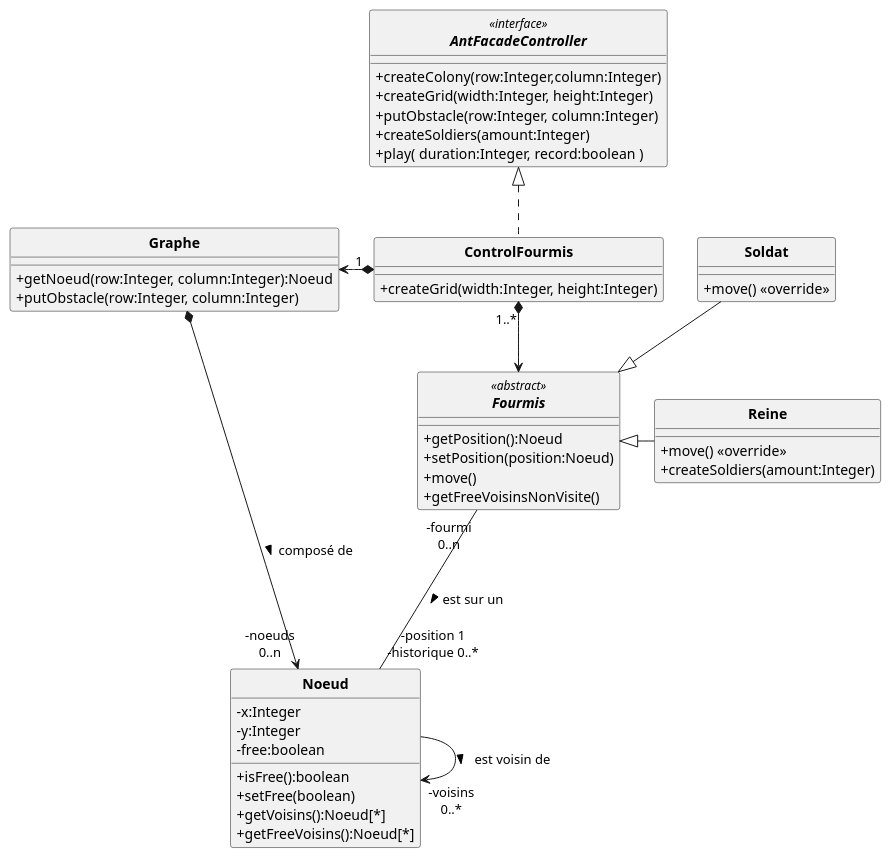
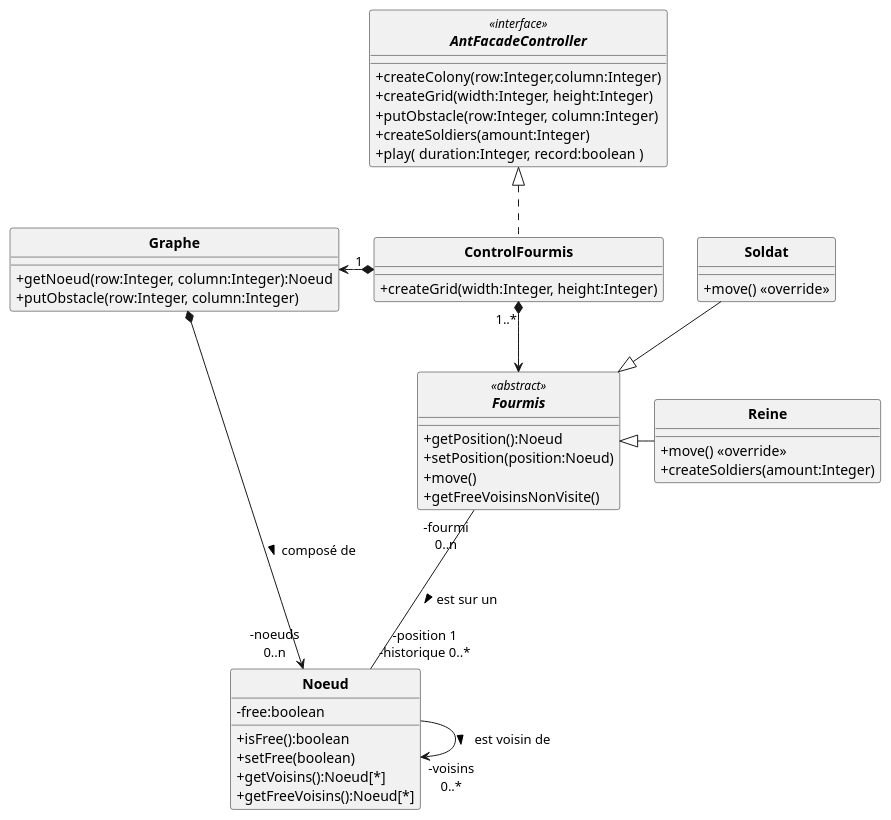
Before and after one commit to ErenMustafaGit/ColonieFourmis: the diagram in src/main/uml/Fourmis_DC.puml, drawn with PlantUML.

Commit message:
Fourmis_DC.puml: Suppression du x, y dans Noeud

```diff
--- a/src/main/uml/Fourmis_DC.puml
+++ b/src/main/uml/Fourmis_DC.puml
@@ -1,73 +1,71 @@
 @startuml
 'https://plantuml.com/sequence-diagram
 allow_mixing
 skinparam style strictuml
 skinparam classAttributeIconSize 0
 skinparam circledCharacterRadius 0
 skinparam circledCharacterFontSize 0
 skinparam classFontStyle Bold
 'autonumber
 
 'Controleur
 interface AntFacadeController <<interface>> {
     '+setParameters( evaporationParam:Integer, foodParam:Integer, pheromoneParam:Integer )
     +createColony(row:Integer,column:Integer)
     +createGrid(width:Integer, height:Integer)
     +putObstacle(row:Integer, column:Integer)
     '+putFood( row:Integer, column:Integer, quantity:Integer);
     '+createWorkers( amount:Integer )
     +createSoldiers(amount:Integer)
     '+setAntFile(antLogFile:String);
     +play( duration:Integer, record:boolean )
 }
 
 class Noeud {
-    -x:Integer
-    -y:Integer
     -free:boolean
     +isFree():boolean
     +setFree(boolean)
     +getVoisins():Noeud[*]
     +getFreeVoisins():Noeud[*]
 }
 
 abstract Fourmis <<abstract>> {
     +getPosition():Noeud
     +setPosition(position:Noeud)
     +move()
     +getFreeVoisinsNonVisite()
 }
 class Reine{
     +move() <<override>>
     +createSoldiers(amount:Integer)
 
 }
 class Soldat{
     +move() <<override>>
 }
 
 
 'class Graphe implements projet.v2.AntFacadeController{
 class ControlFourmis implements AntFacadeController{
     +createGrid(width:Integer, height:Integer)
 }
 
 
 class Graphe{
  +getNoeud(row:Integer, column:Integer):Noeud
  +putObstacle(row:Integer, column:Integer)
 }
 
 
 Soldat --|> Fourmis
 Reine -l-|> Fourmis
 
 ControlFourmis "1 " *-l-> Graphe
 ControlFourmis "1..*" *--> Fourmis
 
 Graphe *-r-> "-noeuds\n0..n" Noeud : composé de >
 'historique = liste de noeud déjà passé par la fourmi
 Fourmis "-fourmi\n0..n" --- "-position 1\n-historique 0..*" Noeud  : est sur un >
 Noeud -> "-voisins\n0..*"  Noeud  : est voisin de >
 
 @enduml
```
